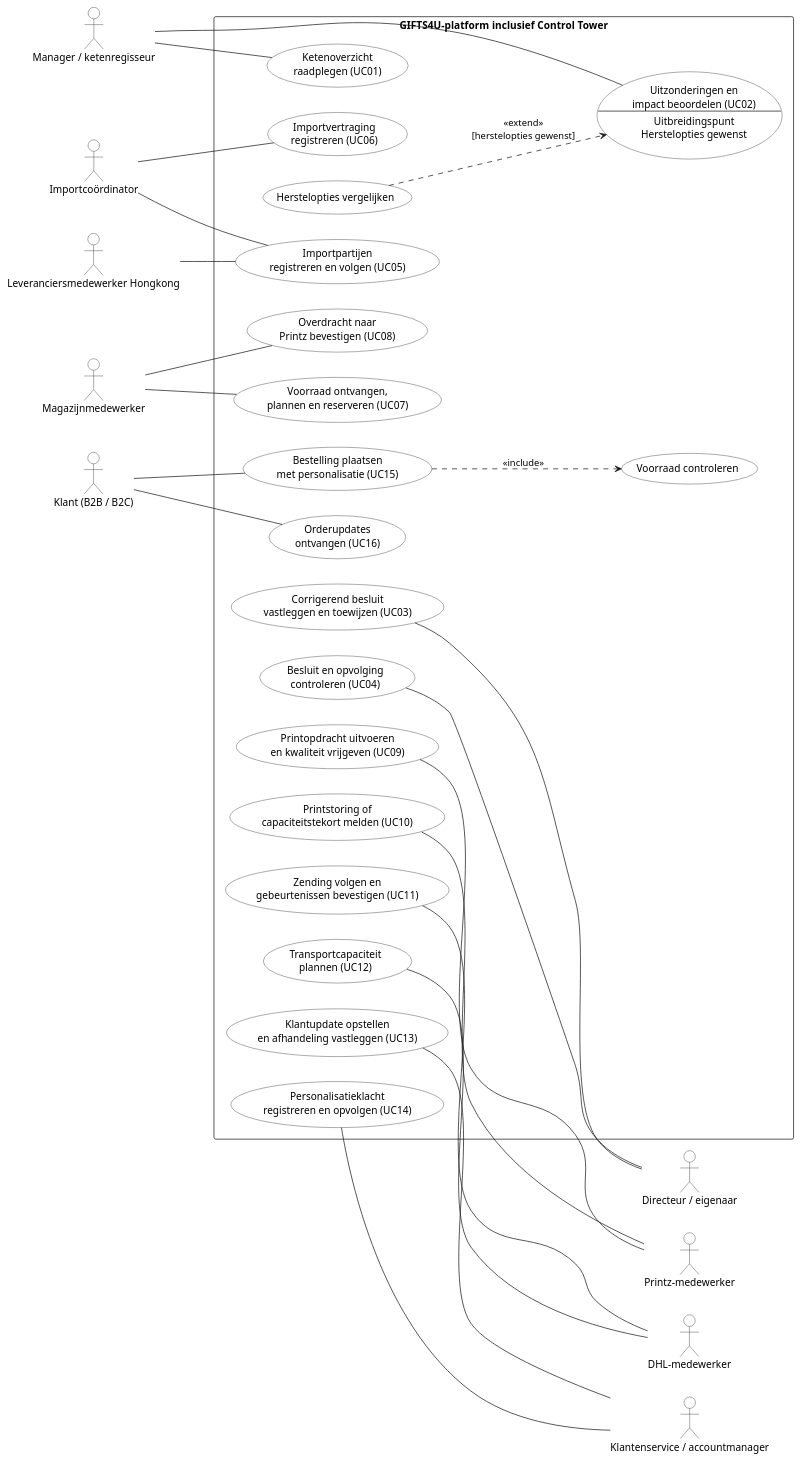
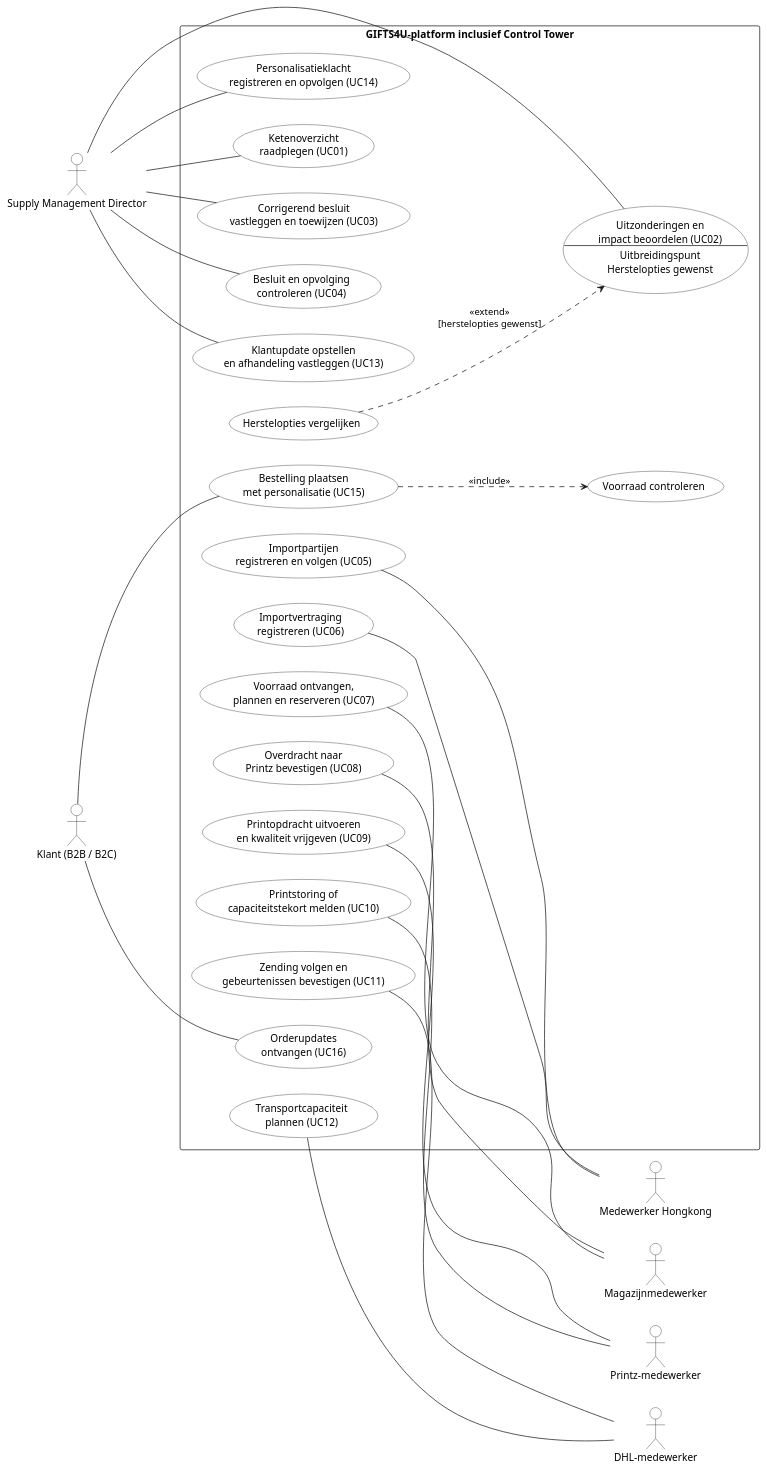
One commit to Immanuel-Cairo/gifts4u-control-tower changed the diagram in products/system context/use-case-diagram.puml. Above: the diagram before and after it, drawn with PlantUML. The commit also changed 3 other files, not shown here.

Commit message:
Beperk het use-casediagram tot de zes afgesproken actoren

```diff
--- a/products/system context/use-case-diagram.puml
+++ b/products/system context/use-case-diagram.puml
@@ -1,56 +1,52 @@
 @startuml
 left to right direction
 skinparam monochrome true
 skinparam shadowing false
 skinparam BackgroundColor white
 skinparam usecaseBackgroundColor white
 skinparam actorBackgroundColor white
-actor "Manager / ketenregisseur" as manager
-actor "Directeur / eigenaar" as directeur
-actor "Importcoördinator" as importCoordinator
+actor "Supply Management Director" as directeur
+actor "Medewerker Hongkong" as hongkong
 actor "Magazijnmedewerker" as magazijn
 actor "Printz-medewerker" as printz
 actor "DHL-medewerker" as dhl
-actor "Klantenservice / accountmanager" as service
 actor "Klant (B2B / B2C)" as klant
-actor "Leveranciersmedewerker Hongkong" as leverancier
 rectangle "GIFTS4U-platform inclusief Control Tower" {
   usecase "Ketenoverzicht\nraadplegen (UC01)" as UC01
   usecase "Uitzonderingen en\nimpact beoordelen (UC02)\n--\nUitbreidingspunt\nHerstelopties gewenst" as UC02
   usecase "Corrigerend besluit\nvastleggen en toewijzen (UC03)" as UC03
   usecase "Besluit en opvolging\ncontroleren (UC04)" as UC04
+  usecase "Klantupdate opstellen\nen afhandeling vastleggen (UC13)" as UC13
+  usecase "Personalisatieklacht\nregistreren en opvolgen (UC14)" as UC14
   usecase "Importpartijen\nregistreren en volgen (UC05)" as UC05
   usecase "Importvertraging\nregistreren (UC06)" as UC06
   usecase "Voorraad ontvangen,\nplannen en reserveren (UC07)" as UC07
   usecase "Overdracht naar\nPrintz bevestigen (UC08)" as UC08
   usecase "Printopdracht uitvoeren\nen kwaliteit vrijgeven (UC09)" as UC09
   usecase "Printstoring of\ncapaciteitstekort melden (UC10)" as UC10
   usecase "Zending volgen en\ngebeurtenissen bevestigen (UC11)" as UC11
   usecase "Transportcapaciteit\nplannen (UC12)" as UC12
-  usecase "Klantupdate opstellen\nen afhandeling vastleggen (UC13)" as UC13
-  usecase "Personalisatieklacht\nregistreren en opvolgen (UC14)" as UC14
   usecase "Bestelling plaatsen\nmet personalisatie (UC15)" as UC15
   usecase "Orderupdates\nontvangen (UC16)" as UC16
   usecase "Herstelopties vergelijken" as herstel
   usecase "Voorraad controleren" as voorraad
 }
-manager -- UC01
-manager -- UC02
-UC03 -- directeur
-UC04 -- directeur
-importCoordinator -- UC05
-importCoordinator -- UC06
-magazijn -- UC07
-magazijn -- UC08
+directeur -- UC01
+directeur -- UC02
+directeur -- UC03
+directeur -- UC04
+directeur -- UC13
+directeur -- UC14
+UC05 -- hongkong
+UC06 -- hongkong
+UC07 -- magazijn
+UC08 -- magazijn
 UC09 -- printz
 UC10 -- printz
 UC11 -- dhl
 UC12 -- dhl
-UC13 -- service
-UC14 -- service
 klant -- UC15
 klant -- UC16
-leverancier -- UC05
 herstel ..> UC02 : <<extend>>\n[herstelopties gewenst]
 UC15 ..> voorraad : <<include>>
 @enduml
```
